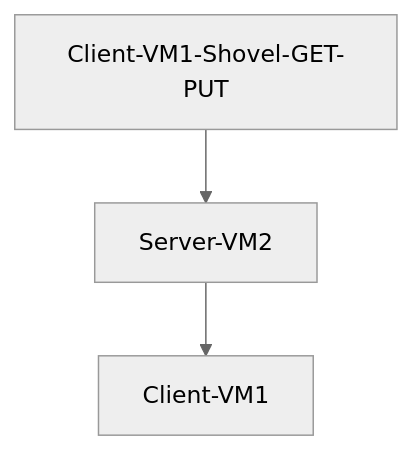
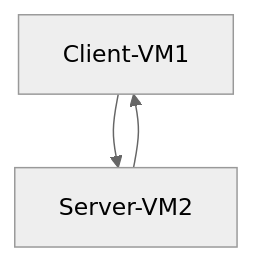
Before and after one commit to spawnmarvel/quickguides: the diagram in amqp/Readme.md, drawn with Mermaid (neutral theme).

Commit message:
cert order

````diff
--- a/amqp/Readme.md
+++ b/amqp/Readme.md
@@ -57,5 +57,5 @@
 ```mermaid
 graph TD;
-    Client-VM1-Shovel-GET-PUT-->Server-VM2;
+    Client-VM1-->Server-VM2;
     Server-VM2-->Client-VM1;
 ```
````
